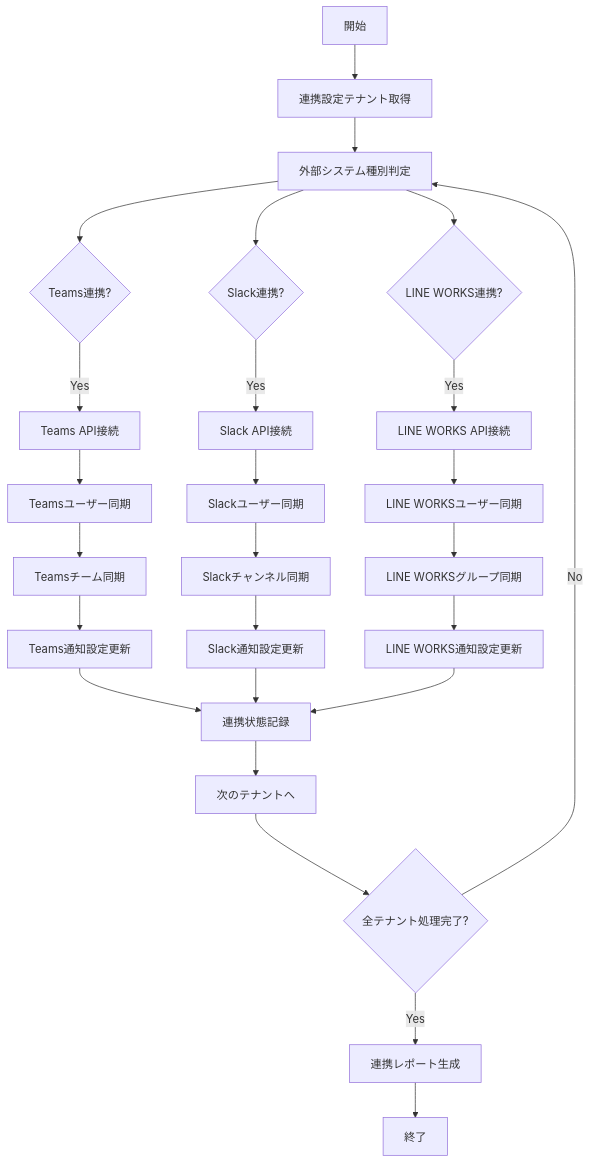
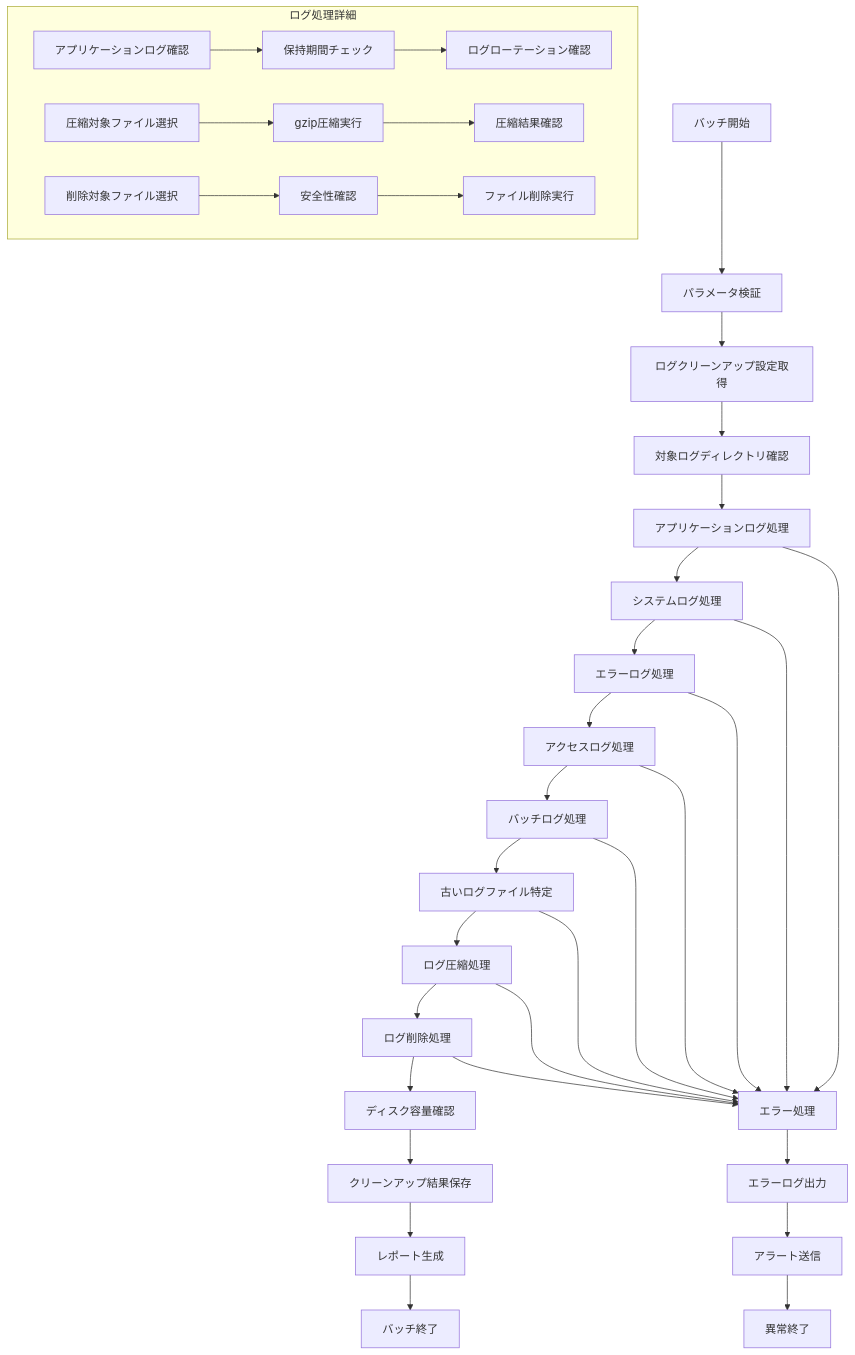
Before and after one commit to sas-dx/skill-report-web: the diagram in docs/design/batch/specs/バッチ定義書_BATCH-002_ログクリーンアップバッチ.md, drawn with Mermaid. The commit also changed other lines of this file, not shown here.

````diff
--- a/docs/design/batch/specs/バッチ定義書_BATCH-002_ログクリーンアップバッチ.md
+++ b/docs/design/batch/specs/バッチ定義書_BATCH-002_ログクリーンアップバッチ.md
@@ -21,34 +57,47 @@
 ```mermaid
 flowchart TD
-    A[開始] --> B[連携設定テナント取得]
-    B --> C[外部システム種別判定]
-    C --> D{Teams連携?}
-    C --> E{Slack連携?}
-    C --> F{LINE WORKS連携?}
+    A[バッチ開始] --> B[パラメータ検証]
+    B --> C[ログクリーンアップ設定取得]
+    C --> D[対象ログディレクトリ確認]
+    D --> E[アプリケーションログ処理]
+    E --> F[システムログ処理]
+    F --> G[エラーログ処理]
+    G --> H[アクセスログ処理]
+    H --> I[バッチログ処理]
+    I --> J[古いログファイル特定]
+    J --> K[ログ圧縮処理]
+    K --> L[ログ削除処理]
+    L --> M[ディスク容量確認]
+    M --> N[クリーンアップ結果保存]
+    N --> O[レポート生成]
+    O --> P[バッチ終了]
     
-    D -->|Yes| G[Teams API接続]
-    E -->|Yes| H[Slack API接続]
-    F -->|Yes| I[LINE WORKS API接続]
+    E --> Q[エラー処理]
+    F --> Q
+    G --> Q
+    H --> Q
+    I --> Q
+    J --> Q
+    K --> Q
+    L --> Q
+    Q --> R[エラーログ出力]
+    R --> S[アラート送信]
+    S --> T[異常終了]
     
-    G --> J[Teamsユーザー同期]
-    H --> K[Slackユーザー同期]
-    I --> L[LINE WORKSユーザー同期]
-    
-    J --> M[Teamsチーム同期]
-    K --> N[Slackチャンネル同期]
-    L --> O[LINE WORKSグループ同期]
-    
-    M --> P[Teams通知設定更新]
-    N --> Q[Slack通知設定更新]
-    O --> R[LINE WORKS通知設定更新]
-    
-    P --> S[連携状態記録]
-    Q --> S
-    R --> S
-    
-    S --> T[次のテナントへ]
-    T --> U{全テナント処理完了?}
-    U -->|No| C
-    U -->|Yes| V[連携レポート生成]
-    V --> Z[終了]
+    subgraph "ログ処理詳細"
+        E1[アプリケーションログ確認]
+        E2[保持期間チェック]
+        E3[ログローテーション確認]
+        E1 --> E2 --> E3
+        
+        K1[圧縮対象ファイル選択]
+        K2[gzip圧縮実行]
+        K3[圧縮結果確認]
+        K1 --> K2 --> K3
+        
+        L1[削除対象ファイル選択]
+        L2[安全性確認]
+        L3[ファイル削除実行]
+        L1 --> L2 --> L3
+    end
 ```
````
